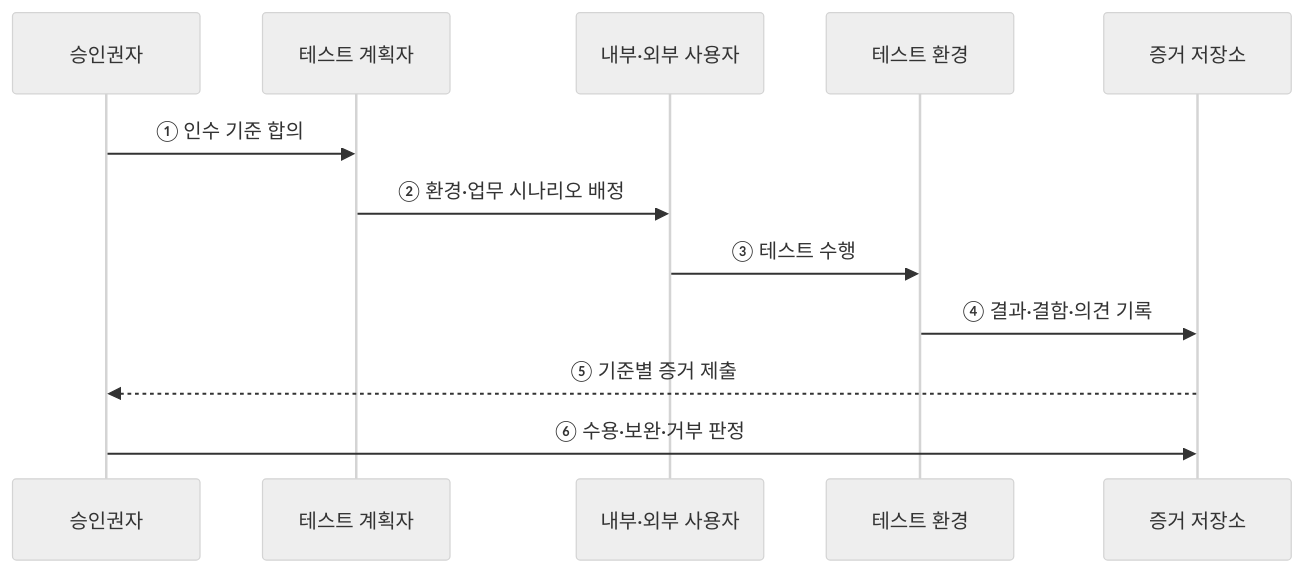
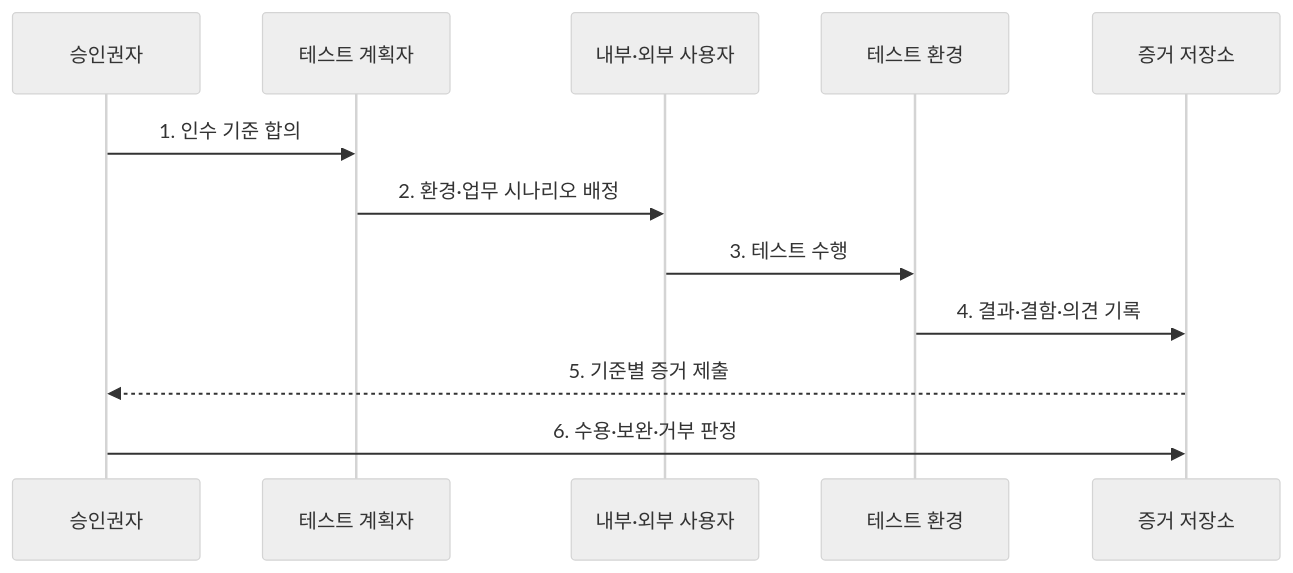
One commit to agnusdei1207/knowledge-base changed the second of 2 diagrams in src/content/docs/notes/03-software/062_alpha_beta_acceptance_testing.md. Above: the diagram before and after it, drawn with Mermaid (neutral theme). The commit also changed other lines of this file and 20 other files, not shown here.

````diff
--- a/src/content/docs/notes/03-software/062_alpha_beta_acceptance_testing.md
+++ b/src/content/docs/notes/03-software/062_alpha_beta_acceptance_testing.md
@@ -69,14 +79,14 @@
 ```mermaid
 sequenceDiagram
     participant A as 승인권자
     participant P as 테스트 계획자
     participant U as 내부·외부 사용자
     participant E as 테스트 환경
     participant R as 증거 저장소
-    A->>P: ① 인수 기준 합의
-    P->>U: ② 환경·업무 시나리오 배정
-    U->>E: ③ 테스트 수행
-    E->>R: ④ 결과·결함·의견 기록
-    R-->>A: ⑤ 기준별 증거 제출
-    A->>R: ⑥ 수용·보완·거부 판정
+    A->>P: 1. 인수 기준 합의
+    P->>U: 2. 환경·업무 시나리오 배정
+    U->>E: 3. 테스트 수행
+    E->>R: 4. 결과·결함·의견 기록
+    R-->>A: 5. 기준별 증거 제출
+    A->>R: 6. 수용·보완·거부 판정
 ```
````
